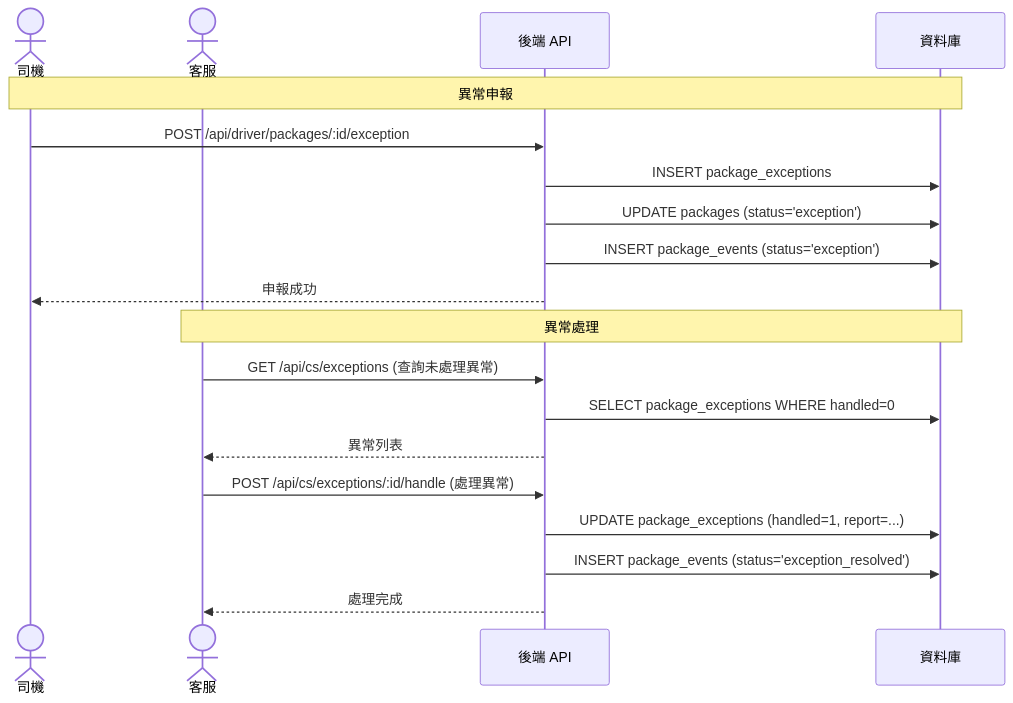
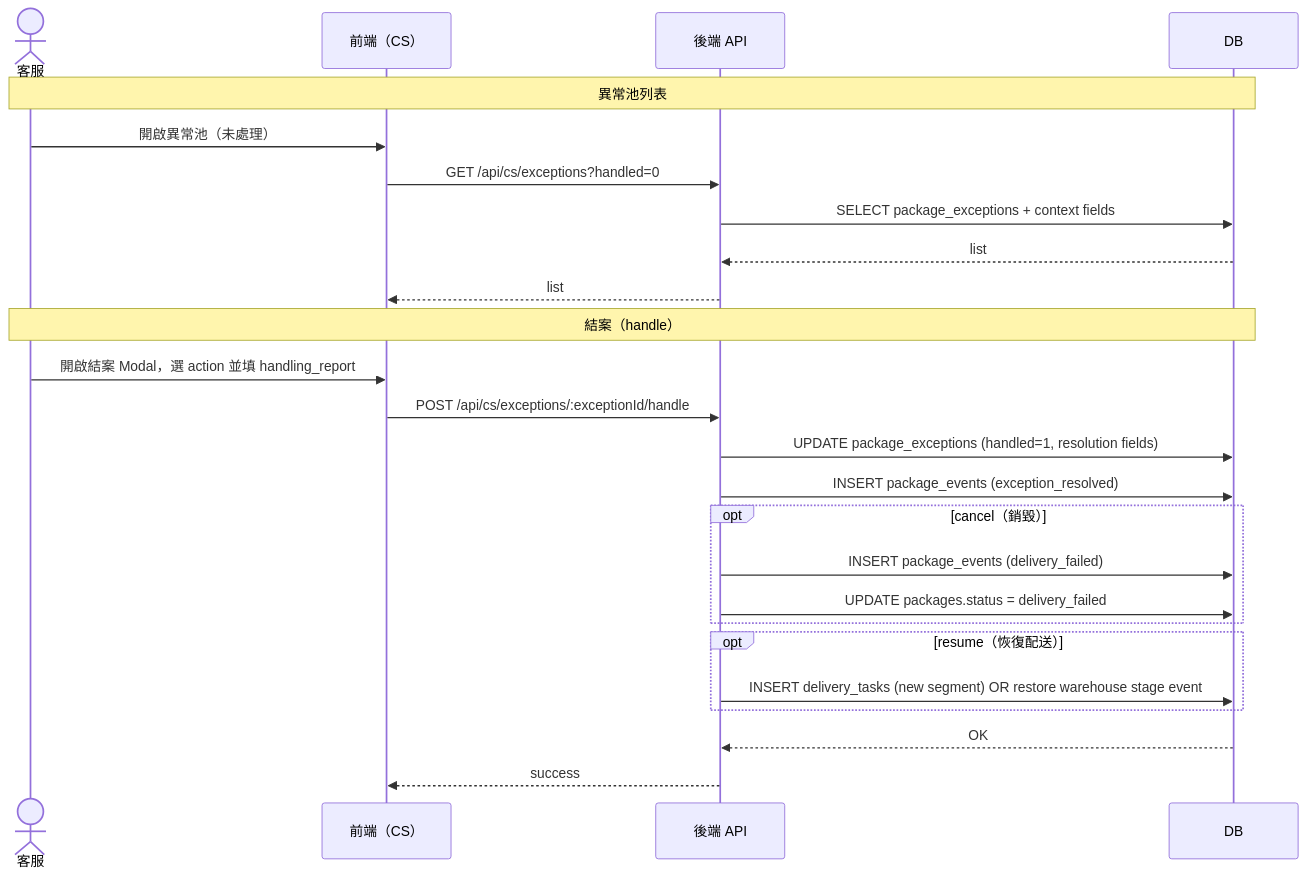
The fifth of 6 diagrams in docs/design/sequence-diagrams.md (bowen12274Bot/Logistics_tracking_system), drawn with Mermaid before and after one commit. The commit also changed other lines of this file and 70 other files, not shown here.

First line of the commit message:
feat：新增「異常（Exceptions）」API 文件，以及「營運與任務（Operations & Tasks）」API 文件

````diff
--- a/docs/design/sequence-diagrams.md
+++ b/docs/design/sequence-diagrams.md
@@ -105,25 +198,29 @@
 ```mermaid
 sequenceDiagram
-    actor Driver as 司機
-    actor CS as 客服
-    participant Backend as 後端 API
-    participant DB as 資料庫
+  actor CS as 客服
+  participant UI as 前端（CS）
+  participant API as 後端 API
+  participant DB as DB
 
-    Note over Driver, DB: 異常申報
+  Note over CS,DB: 異常池列表
+  CS->>UI: 開啟異常池（未處理）
+  UI->>API: GET /api/cs/exceptions?handled=0
+  API->>DB: SELECT package_exceptions + context fields
+  DB-->>API: list
+  API-->>UI: list
 
-    Driver->>Backend: POST /api/driver/packages/:id/exception
-    Backend->>DB: INSERT package_exceptions
-    Backend->>DB: UPDATE packages (status='exception')
-    Backend->>DB: INSERT package_events (status='exception')
-    Backend-->>Driver: 申報成功
-
-    Note over CS, DB: 異常處理
-
-    CS->>Backend: GET /api/cs/exceptions (查詢未處理異常)
-    Backend->>DB: SELECT package_exceptions WHERE handled=0
-    Backend-->>CS: 異常列表
-    CS->>Backend: POST /api/cs/exceptions/:id/handle (處理異常)
-    Backend->>DB: UPDATE package_exceptions (handled=1, report=...)
-    Backend->>DB: INSERT package_events (status='exception_resolved')
-    Backend-->>CS: 處理完成
+  Note over CS,DB: 結案（handle）
+  CS->>UI: 開啟結案 Modal，選 action 並填 handling_report
+  UI->>API: POST /api/cs/exceptions/:exceptionId/handle
+  API->>DB: UPDATE package_exceptions (handled=1, resolution fields)
+  API->>DB: INSERT package_events (exception_resolved)
+  opt cancel（銷毀）
+    API->>DB: INSERT package_events (delivery_failed)
+    API->>DB: UPDATE packages.status = delivery_failed
+  end
+  opt resume（恢復配送）
+    API->>DB: INSERT delivery_tasks (new segment) OR restore warehouse stage event
+  end
+  DB-->>API: OK
+  API-->>UI: success
 ```
````
